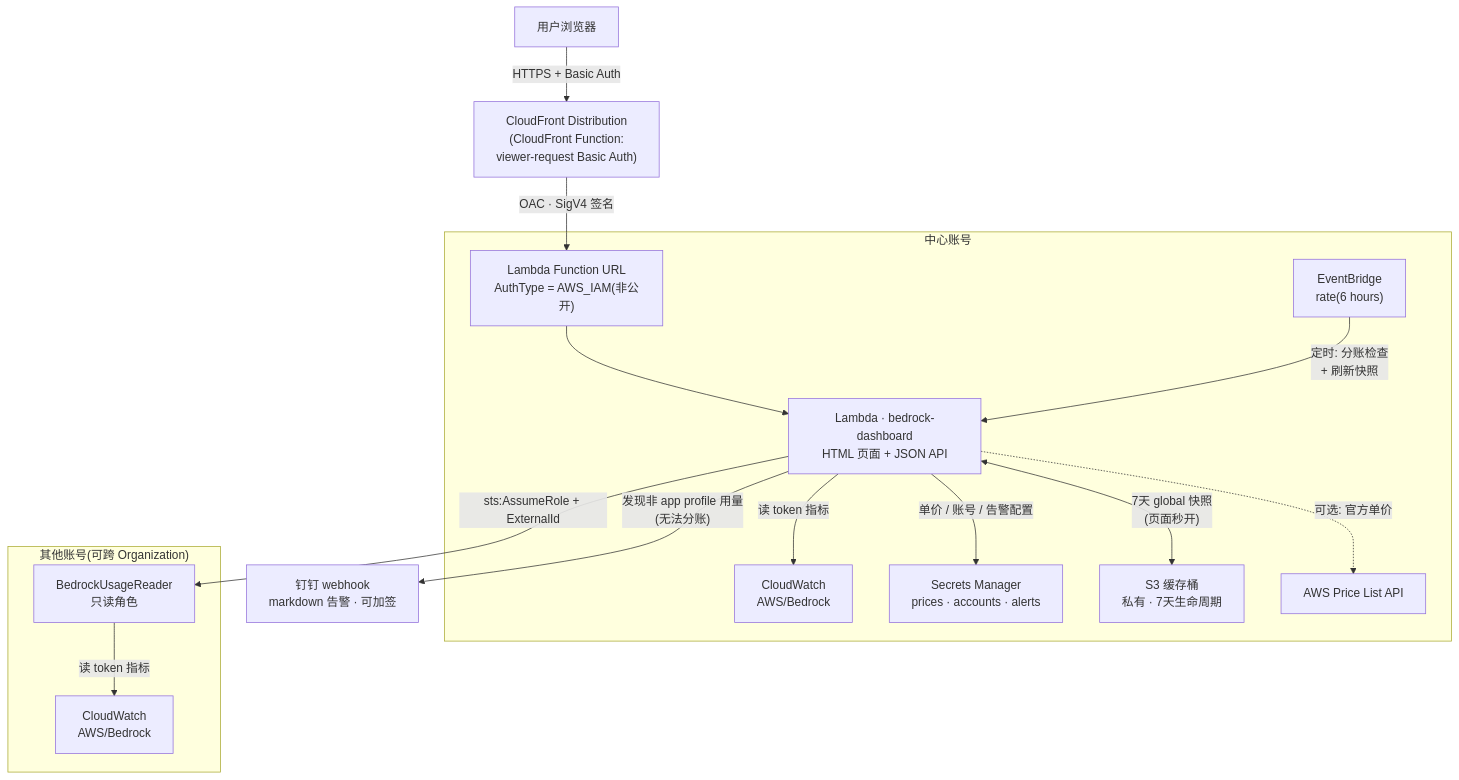
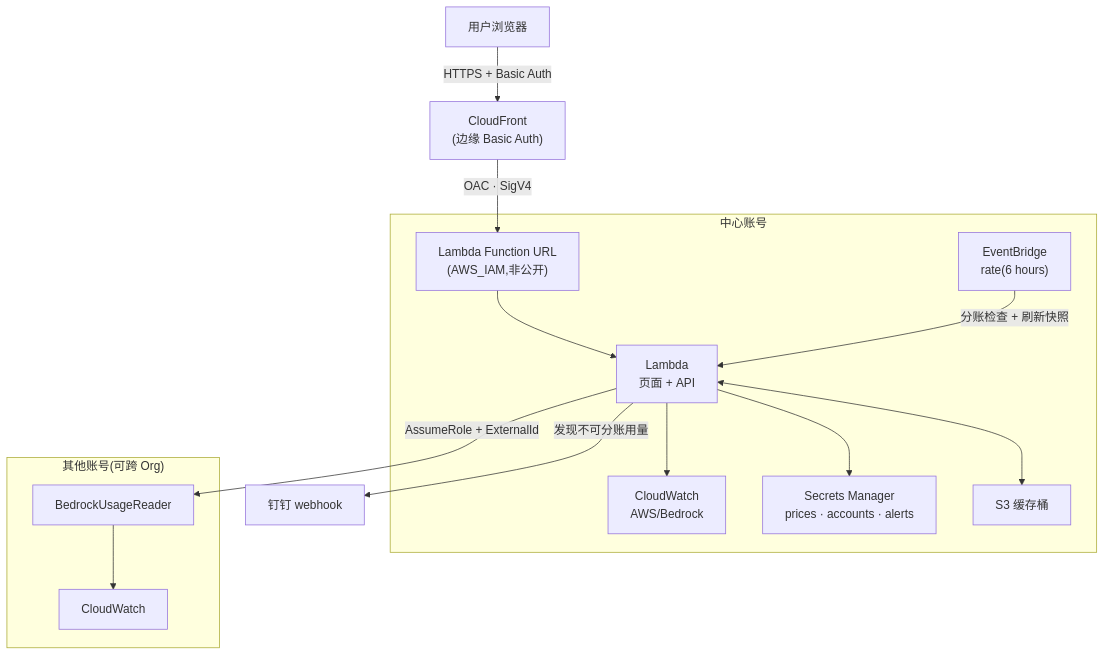
One commit to CrypticDriver/bedrock-usage-dashboard changed the diagram in README.md. Above: the diagram before and after it, drawn with Mermaid. The commit also changed other lines of this file, not shown here.

Commit message:
docs: restructure README (compact feature/component tables, merged usage guide, quick start with update/uninstall inline)

````diff
--- a/README.md
+++ b/README.md
@@ -32,21 +37,17 @@
 ```mermaid
 flowchart TD
-  U["用户浏览器"] -->|"HTTPS + Basic Auth"| CF["CloudFront Distribution<br/>(CloudFront Function:<br/>viewer-request Basic Auth)"]
-  CF -->|"OAC · SigV4 签名"| FURL["Lambda Function URL<br/>AuthType = AWS_IAM(非公开)"]
-
+  U["用户浏览器"] -->|"HTTPS + Basic Auth"| CF["CloudFront<br/>(边缘 Basic Auth)"]
+  CF -->|"OAC · SigV4"| FURL["Lambda Function URL<br/>(AWS_IAM,非公开)"]
   subgraph CENTRAL["中心账号"]
-    FURL --> L["Lambda · bedrock-dashboard<br/>HTML 页面 + JSON API"]
-    EB["EventBridge<br/>rate(6 hours)"] -->|"定时: 分账检查<br/>+ 刷新快照"| L
-    L -->|"读 token 指标"| CW["CloudWatch<br/>AWS/Bedrock"]
-    L -->|"单价 / 账号 / 告警配置"| SM["Secrets Manager<br/>prices · accounts · alerts"]
-    L <-->|"7天 global 快照<br/>(页面秒开)"| S3["S3 缓存桶<br/>私有 · 7天生命周期"]
-    L -.->|"可选: 官方单价"| PR["AWS Price List API"]
+    FURL --> L["Lambda<br/>页面 + API"]
+    EB["EventBridge<br/>rate(6 hours)"] -->|"分账检查 + 刷新快照"| L
+    L --> CW["CloudWatch<br/>AWS/Bedrock"]
+    L --> SM["Secrets Manager<br/>prices · accounts · alerts"]
+    L <--> S3["S3 缓存桶"]
   end
-
-  L -->|"发现非 app profile 用量<br/>(无法分账)"| DT["钉钉 webhook<br/>markdown 告警 · 可加签"]
-
-  L -->|"sts:AssumeRole + ExternalId"| RR
-  subgraph ORG["其他账号(可跨 Organization)"]
-    RR["BedrockUsageReader<br/>只读角色"] -->|"读 token 指标"| CW2["CloudWatch<br/>AWS/Bedrock"]
+  L -->|"发现不可分账用量"| DT["钉钉 webhook"]
+  L -->|"AssumeRole + ExternalId"| RR
+  subgraph ORG["其他账号(可跨 Org)"]
+    RR["BedrockUsageReader"] --> CW2["CloudWatch"]
   end
 ```
````
